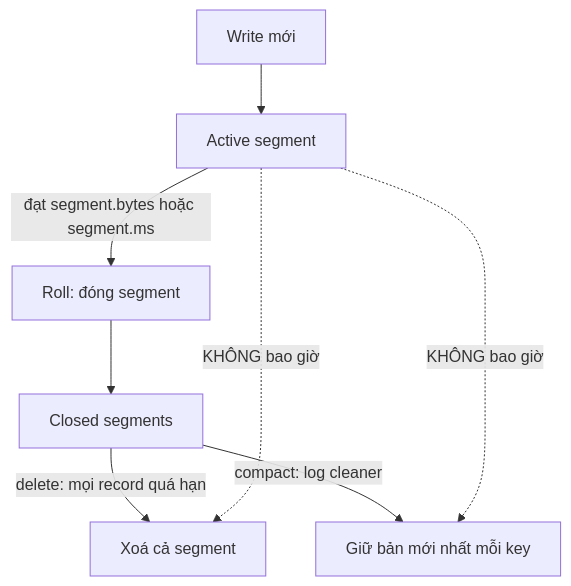
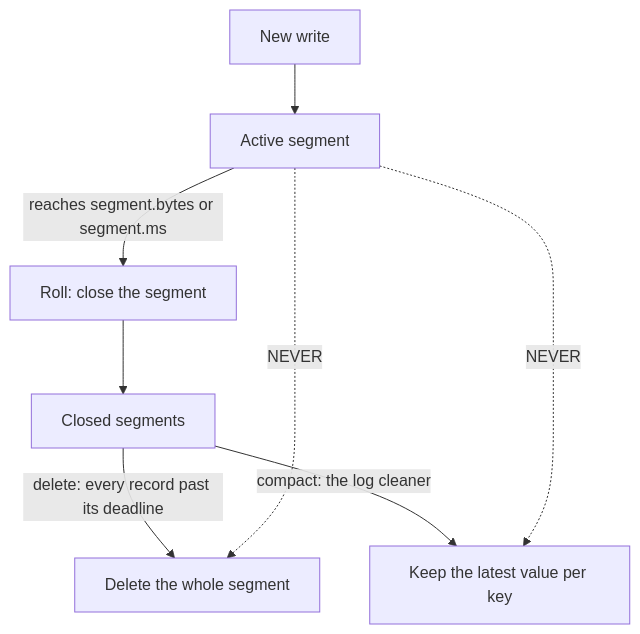
Before and after one commit to vuhoang001/knowledge: the diagram in i18n/en/docusaurus-plugin-content-docs/current/etl/kafka/reference/retention-compaction.md, drawn with Mermaid. The commit also changed other lines of this file and 21 other files, not shown here.

````diff
--- a/i18n/en/docusaurus-plugin-content-docs/current/etl/kafka/reference/retention-compaction.md
+++ b/i18n/en/docusaurus-plugin-content-docs/current/etl/kafka/reference/retention-compaction.md
@@ -43,10 +42,10 @@
 ```mermaid
 flowchart TD
-  W[Write mới] --> A[Active segment]
-  A -->|đạt segment.bytes hoặc segment.ms| R[Roll: đóng segment]
+  W[New write] --> A[Active segment]
+  A -->|reaches segment.bytes or segment.ms| R[Roll: close the segment]
   R --> C[Closed segments]
-  C -->|delete: mọi record quá hạn| X[Xoá cả segment]
-  C -->|compact: log cleaner| K[Giữ bản mới nhất mỗi key]
-  A -.->|KHÔNG bao giờ| X
-  A -.->|KHÔNG bao giờ| K
+  C -->|delete: every record past its deadline| X[Delete the whole segment]
+  C -->|compact: the log cleaner| K[Keep the latest value per key]
+  A -.->|NEVER| X
+  A -.->|NEVER| K
 ```
````
